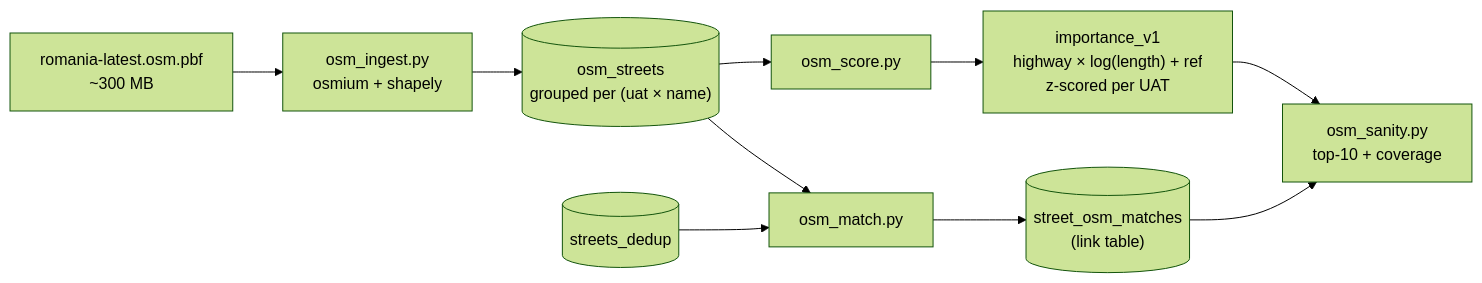
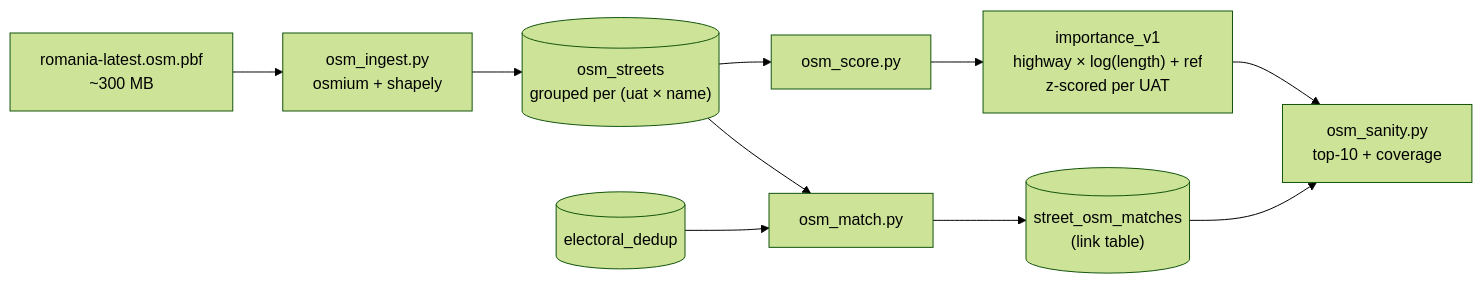
The fourth of 5 diagrams in README.md (gov2-ro/nume-strazi), drawn with Mermaid (forest theme) before and after one commit. The commit also changed other lines of this file and 53 other files, not shown here.

````diff
--- a/README.md
+++ b/README.md
@@ -261,19 +265,19 @@
 ```mermaid
 flowchart LR
     PBF["romania-latest.osm.pbf<br/>~300 MB"]
     ING["osm_ingest.py<br/>osmium + shapely"]
     OS[("osm_streets<br/>grouped per (uat × name)")]
-    SD[("streets_dedup")]
+    SD[("electoral_dedup")]
     MAT[osm_match.py]
     LINK[("street_osm_matches<br/>(link table)")]
     SC[osm_score.py]
     IMP["importance_v1<br/>highway × log(length) + ref<br/>z-scored per UAT"]
     SAN["osm_sanity.py<br/>top-10 + coverage"]
 
     PBF --> ING --> OS
     OS --> MAT
     SD --> MAT --> LINK
     OS --> SC --> IMP
     LINK --> SAN
     IMP --> SAN
 ```
````
